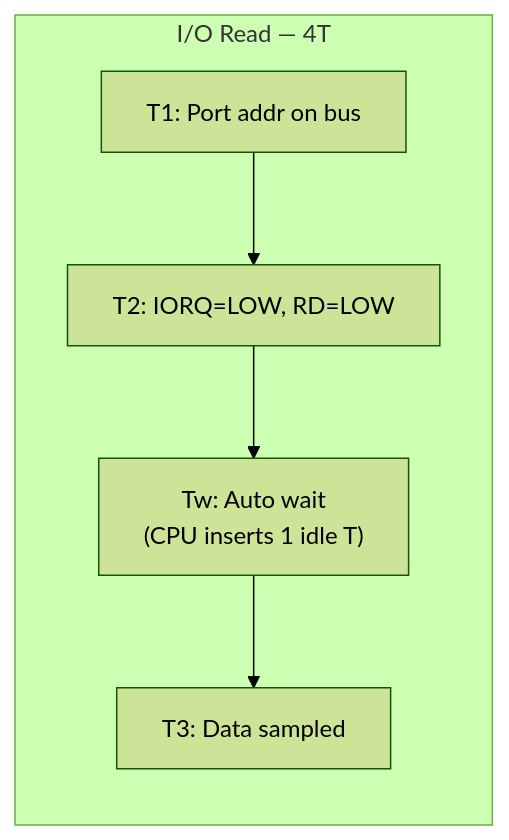
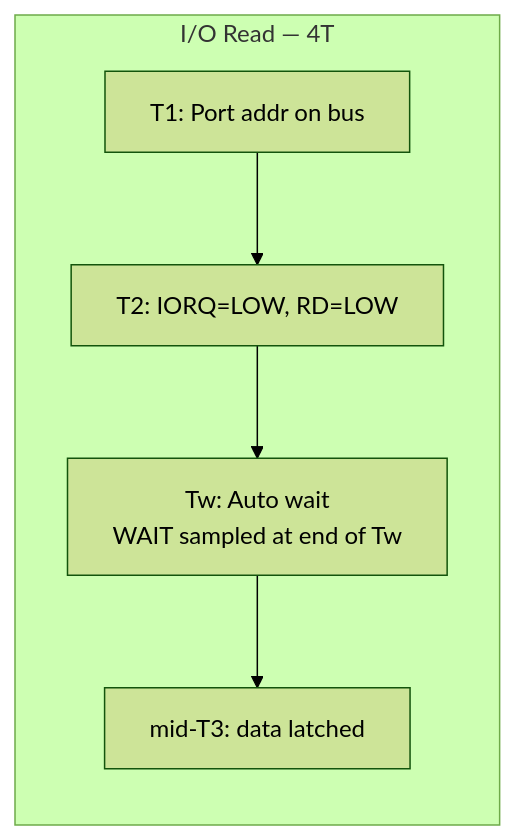
One commit to alfishe/speccy-bootcamp changed the sixth of 9 diagrams in 01_cpu/z80_timing.md. Above: the diagram before and after it, drawn with Mermaid (forest theme). The commit also changed other lines of this file and 12 other files, not shown here.

````diff
--- a/01_cpu/z80_timing.md
+++ b/01_cpu/z80_timing.md
@@ -257,7 +285,7 @@
 ```mermaid
 graph LR
     subgraph "I/O Read — 4T"
         T1D[T1: Port addr on bus] --> T2D[T2: IORQ=LOW, RD=LOW]
-        T2D --> TW["Tw: Auto wait<br/>(CPU inserts 1 idle T)"] --> T3D[T3: Data sampled]
+        T2D --> TW["Tw: Auto wait<br/>WAIT sampled at end of Tw"] --> T3D[mid-T3: data latched]
     end
 ```
````
